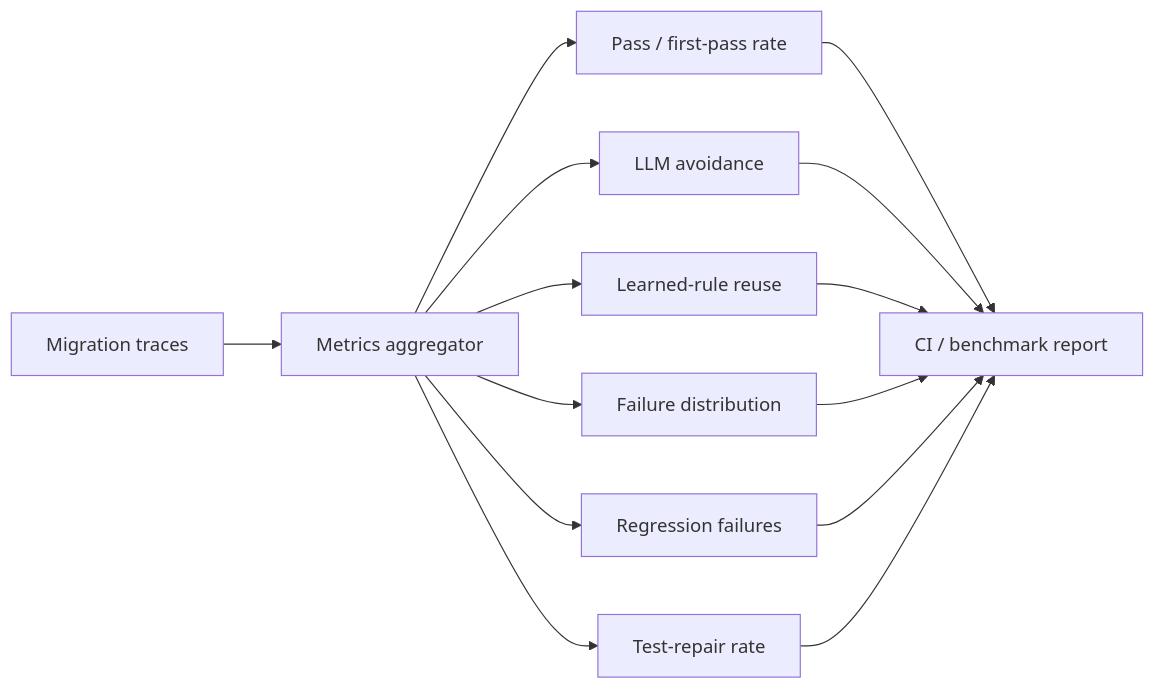
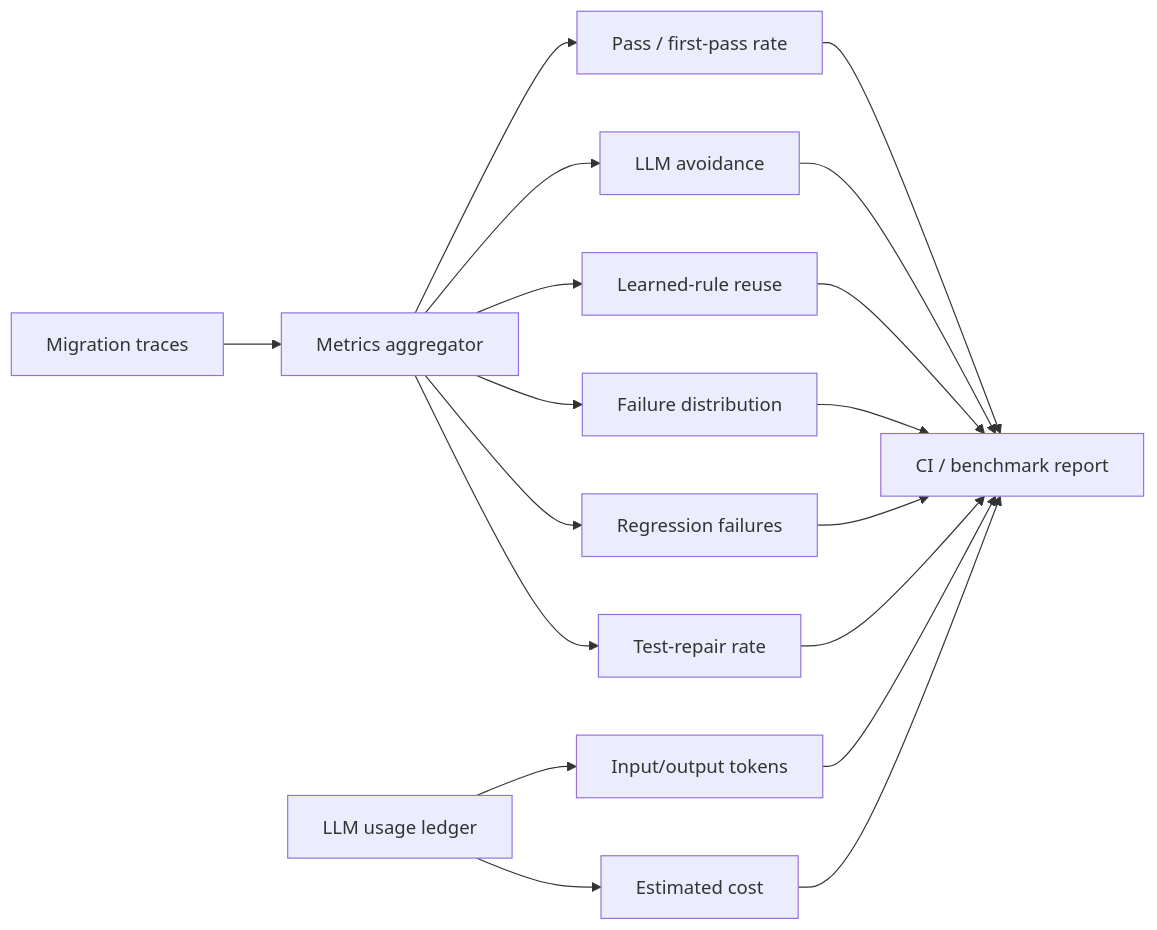
One commit to cagataykavas/agentic-migrator changed the third of 3 diagrams in SHOWCASE.md. Above: the diagram before and after it, drawn with Mermaid. The commit also changed other lines of this file, not shown here.

Commit message:
docs: update showcase with Git isolation semantic guards and cost tracking

````diff
--- a/SHOWCASE.md
+++ b/SHOWCASE.md
@@ -51,16 +61,20 @@
 ```mermaid
 flowchart LR
     TRACE[Migration traces] --> AGG[Metrics aggregator]
     AGG --> PASS[Pass / first-pass rate]
     AGG --> LLM[LLM avoidance]
     AGG --> REUSE[Learned-rule reuse]
     AGG --> FAIL[Failure distribution]
     AGG --> REG[Regression failures]
     AGG --> TEST[Test-repair rate]
+    COST[LLM usage ledger] --> TOK[Input/output tokens]
+    COST --> USD[Estimated cost]
     PASS --> REPORT[CI / benchmark report]
     LLM --> REPORT
     REUSE --> REPORT
     FAIL --> REPORT
     REG --> REPORT
     TEST --> REPORT
+    TOK --> REPORT
+    USD --> REPORT
 ```
````
